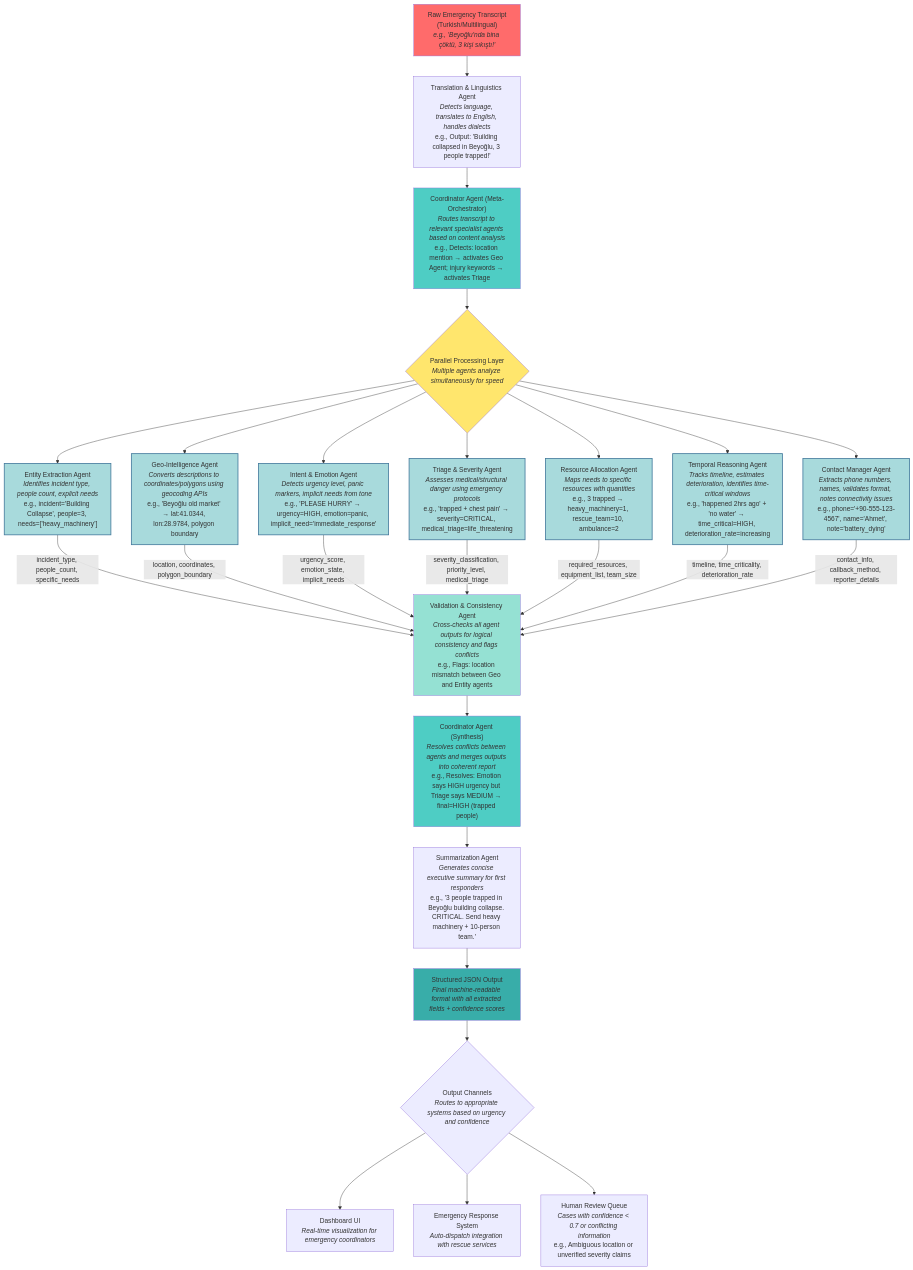
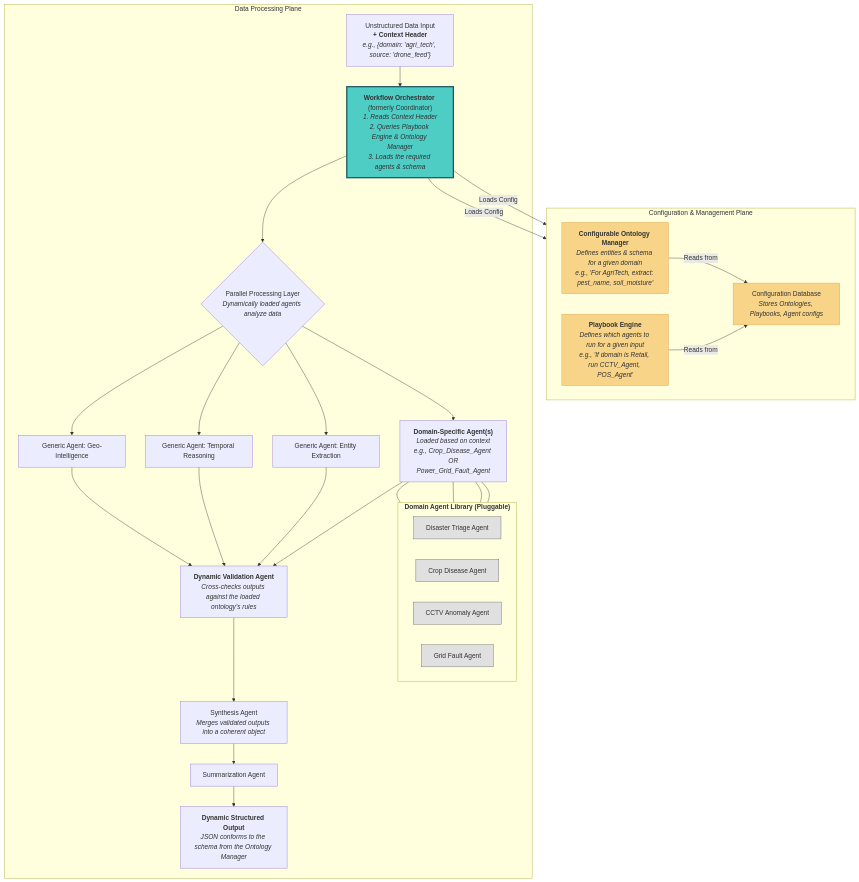
Before and after one commit to Vedsaga/aws-ai-agent: the diagram in diagram/multi-agent-architecture-conversation-processing.md, drawn with Mermaid.

Commit message:
docs(architecture): Update multi-agent architecture diagram with dynamic configuration model
- Refactored architecture diagram to introduce Configuration & Management Plane
- Added Configurable Ontology Manager to dynamically define entity schemas
- Introduced Playbook Engine for flexible agent selection based on input context
- Replaced static Coordinator Agent with dynamic Workflow Orchestrator
- Enhanced parallel processing layer to support pluggable domain-specific agents
- Improved visualization of agent interactions and configuration management
- Demonstrated more flexible and adaptable multi-agent system architecture

````diff
--- a/diagram/multi-agent-architecture-conversation-processing.md
+++ b/diagram/multi-agent-architecture-conversation-processing.md
@@ -1,45 +1,51 @@
 ```mermaid
 graph TD
-    A["Raw Emergency Transcript<br/>(Turkish/Multilingual)<br/><i>e.g., 'Beyoğlu'nda bina çöktü, 3 kişi sıkıştı!'</i>"] --> B["Translation & Linguistics Agent<br/><i>Detects language, translates to English, handles dialects</i><br/>e.g., Output: 'Building collapsed in Beyoğlu, 3 people trapped!'"]
+    subgraph "Configuration & Management Plane"
+        direction LR
+        CFG_DB["Configuration Database<br/><i>Stores Ontologies, Playbooks, Agent configs</i>"]
+        OM["<b>Configurable Ontology Manager</b><br/><i>Defines entities & schema for a given domain<br/>e.g., 'For AgriTech, extract: pest_name, soil_moisture'</i>"]
+        PE["<b>Playbook Engine</b><br/><i>Defines which agents to run for a given input<br/>e.g., 'If domain is Retail, run CCTV_Agent, POS_Agent'</i>"]
+    end
+
+    subgraph "Data Processing Plane"
+        A["Unstructured Data Input<br/><b>+ Context Header</b><br/><i>e.g., {domain: 'agri_tech', source: 'drone_feed'}</i>"] --> C_PRIME
+
+        C_PRIME["<b>Workflow Orchestrator</b> (formerly Coordinator)<br/><i>1. Reads Context Header<br/>2. Queries Playbook Engine & Ontology Manager<br/>3. Loads the required agents & schema</i>"]
+
+        C_PRIME --> D_PRIME{Parallel Processing Layer<br/><i>Dynamically loaded agents analyze data</i>}
+
+        D_PRIME --> DA1["Generic Agent: Geo-Intelligence"]
+        D_PRIME --> DA2["Generic Agent: Temporal Reasoning"]
+        D_PRIME --> DA3["Generic Agent: Entity Extraction"]
+        D_PRIME --> DA4["<b>Domain-Specific Agent(s)</b><br/><i>Loaded based on context<br/>e.g., Crop_Disease_Agent OR<br/>Power_Grid_Fault_Agent</i>"]
+
+        subgraph "<b>Domain Agent Library (Pluggable)</b>"
+            direction LR
+            AGENT_DISASTER["Disaster Triage Agent"]
+            AGENT_AGRI["Crop Disease Agent"]
+            AGENT_RETAIL["CCTV Anomaly Agent"]
+            AGENT_ENERGY["Grid Fault Agent"]
+        end
+        
+        DA4 --- AGENT_AGRI & AGENT_ENERGY & AGENT_RETAIL & AGENT_DISASTER
+
+        DA1 --> F_PRIME["<b>Dynamic Validation Agent</b><br/><i>Cross-checks outputs against the loaded ontology's rules</i>"]
+        DA2 --> F_PRIME
+        DA3 --> F_PRIME
+        DA4 --> F_PRIME
+
+        F_PRIME --> G_PRIME["Synthesis Agent<br/><i>Merges validated outputs into a coherent object</i>"]
+        G_PRIME --> H["Summarization Agent"]
+        H --> I_PRIME["<b>Dynamic Structured Output</b><br/><i>JSON conforms to the schema from the Ontology Manager</i>"]
+    end
+
+    %% Connections between planes
+    C_PRIME -- "Loads Config" --> OM & PE
+    OM & PE -- "Reads from" --> CFG_DB
     
-    B --> C["Coordinator Agent (Meta-Orchestrator)<br/><i>Routes transcript to relevant specialist agents based on content analysis</i><br/>e.g., Detects: location mention → activates Geo Agent; injury keywords → activates Triage"]
-    
-    C --> D{Parallel Processing Layer<br/><i>Multiple agents analyze simultaneously for speed</i>}
-    
-    D --> E1["Entity Extraction Agent<br/><i>Identifies incident type, people count, explicit needs</i><br/>e.g., incident='Building Collapse', people=3, needs=['heavy_machinery']"]
-    D --> E2["Geo-Intelligence Agent<br/><i>Converts descriptions to coordinates/polygons using geocoding APIs</i><br/>e.g., 'Beyoğlu old market' → lat:41.0344, lon:28.9784, polygon boundary"]
-    D --> E3["Intent & Emotion Agent<br/><i>Detects urgency level, panic markers, implicit needs from tone</i><br/>e.g., 'PLEASE HURRY' → urgency=HIGH, emotion=panic, implicit_need='immediate_response'"]
-    D --> E4["Triage & Severity Agent<br/><i>Assesses medical/structural danger using emergency protocols</i><br/>e.g., 'trapped + chest pain' → severity=CRITICAL, medical_triage=life_threatening"]
-    D --> E5["Resource Allocation Agent<br/><i>Maps needs to specific resources with quantities</i><br/>e.g., 3 trapped → heavy_machinery=1, rescue_team=10, ambulance=2"]
-    D --> E6["Temporal Reasoning Agent<br/><i>Tracks timeline, estimates deterioration, identifies time-critical windows</i><br/>e.g., 'happened 2hrs ago' + 'no water' → time_critical=HIGH, deterioration_rate=increasing"]
-    D --> E7["Contact Manager Agent<br/><i>Extracts phone numbers, names, validates format, notes connectivity issues</i><br/>e.g., phone='+90-555-123-4567', name='Ahmet', note='battery_dying'"]
-    
-    E1 --> |"incident_type, people_count, specific_needs"| F["Validation & Consistency Agent<br/><i>Cross-checks all agent outputs for logical consistency and flags conflicts</i><br/>e.g., Flags: location mismatch between Geo and Entity agents"]
-    E2 --> |"location, coordinates, polygon_boundary"| F
-    E3 --> |"urgency_score, emotion_state, implicit_needs"| F
-    E4 --> |"severity_classification, priority_level, medical_triage"| F
-    E5 --> |"required_resources, equipment_list, team_size"| F
-    E6 --> |"timeline, time_criticality, deterioration_rate"| F
-    E7 --> |"contact_info, callback_method, reporter_details"| F
-    
-    F --> G["Coordinator Agent (Synthesis)<br/><i>Resolves conflicts between agents and merges outputs into coherent report</i><br/>e.g., Resolves: Emotion says HIGH urgency but Triage says MEDIUM → final=HIGH (trapped people)"]
-    
-    G --> H["Summarization Agent<br/><i>Generates concise executive summary for first responders</i><br/>e.g., '3 people trapped in Beyoğlu building collapse. CRITICAL. Send heavy machinery + 10-person team.'"]
-    
-    H --> I["Structured JSON Output<br/><i>Final machine-readable format with all extracted fields + confidence scores</i>"]
-    
-    I --> J{Output Channels<br/><i>Routes to appropriate systems based on urgency and confidence</i>}
-    J --> K["Dashboard UI<br/><i>Real-time visualization for emergency coordinators</i>"]
-    J --> L["Emergency Response System<br/><i>Auto-dispatch integration with rescue services</i>"]
-    J --> M["Human Review Queue<br/><i>Cases with confidence < 0.7 or conflicting information</i><br/>e.g., Ambiguous location or unverified severity claims"]
-    
-    style A fill:#ff6b6b
-    style C fill:#4ecdc4
-    style D fill:#ffe66d
-    style F fill:#95e1d3
-    style G fill:#4ecdc4
-    style I fill:#38ada9
-    
-    classDef agentClass fill:#a8dadc,stroke:#457b9d,stroke-width:2px
-    class E1,E2,E3,E4,E5,E6,E7 agentClass
+    style C_PRIME fill:#4ecdc4,stroke:#1a535c,stroke-width:3px
+    classDef config fill:#f7d488,stroke:#d9a44e
+    class CFG_DB,OM,PE config
+    classDef agentLib fill:#e0e0e0,stroke:#666
+    class AGENT_DISASTER,AGENT_AGRI,AGENT_RETAIL,AGENT_ENERGY agentLib
 ```
````
